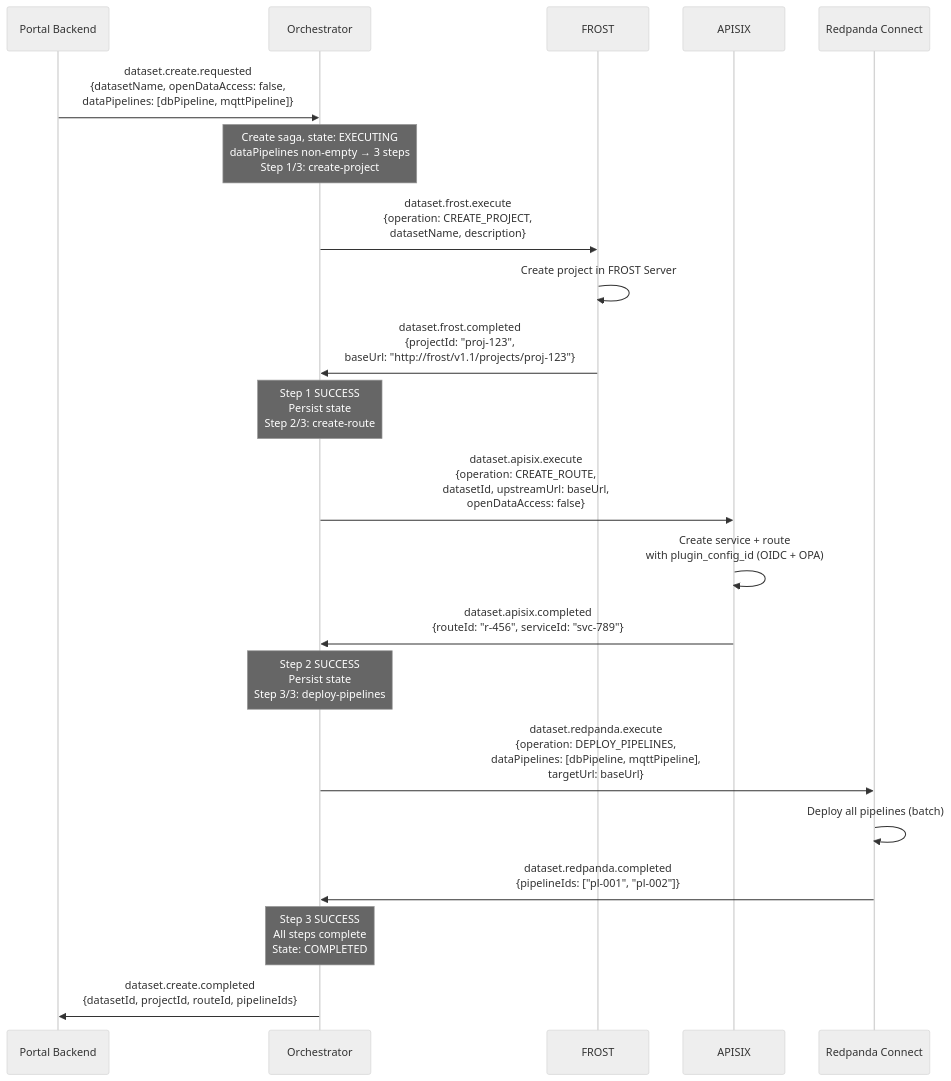
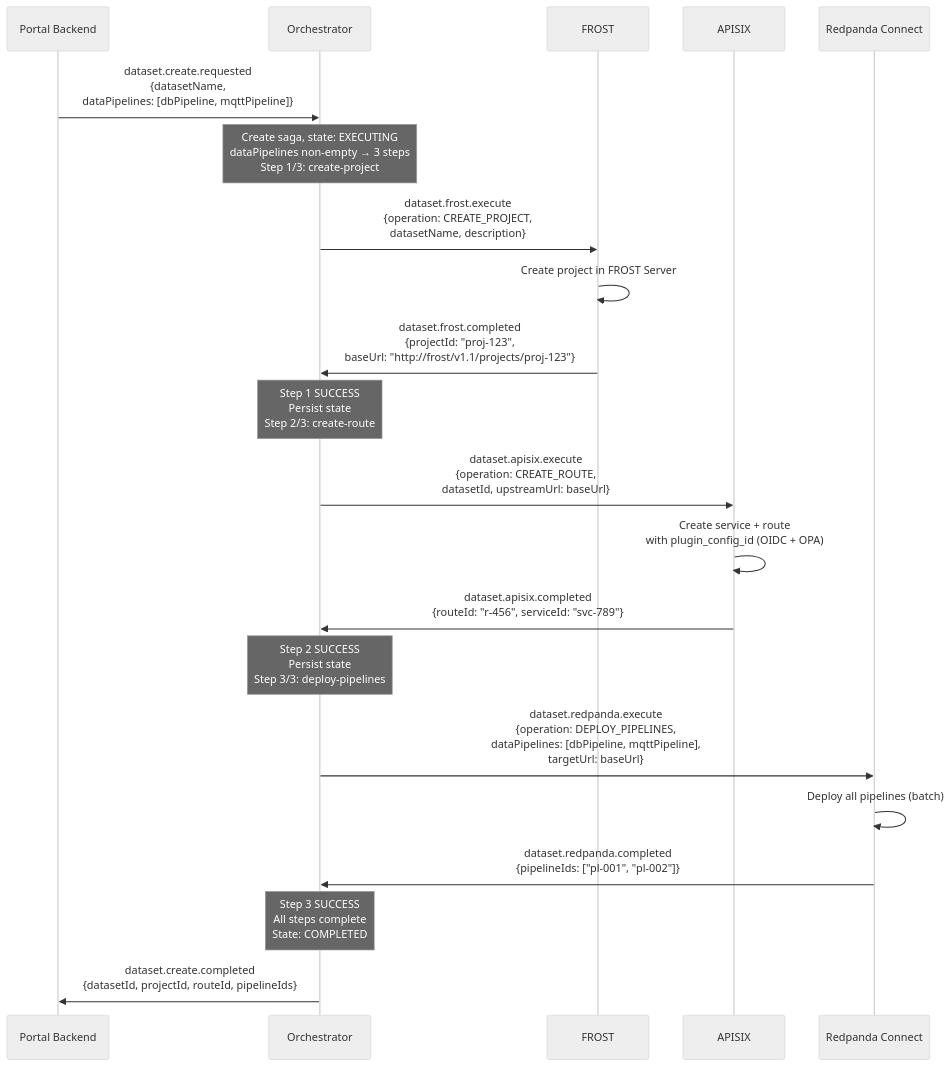
Before and after one commit to open-urban-apps-civitascore/civitas-core-platform: the first of 15 diagrams in config-adapter/docs/SAGA-DATASET-USE-CASES.md, drawn with Mermaid (neutral theme). The commit also changed other lines of this file and 56 other files, not shown here.

Commit message:
feat(authz): make open data access a central OPA/ABAC decision (routes always protected, FROST private)

````diff
--- a/config-adapter/docs/SAGA-DATASET-USE-CASES.md
+++ b/config-adapter/docs/SAGA-DATASET-USE-CASES.md
@@ -641,31 +636,31 @@
 ```mermaid
 sequenceDiagram
     participant PB as Portal Backend
     participant O as Orchestrator
     participant FROST
     participant APISIX
     participant RP as Redpanda Connect
 
-    PB->>O: dataset.create.requested<br/>{datasetName, openDataAccess: false,<br/>dataPipelines: [dbPipeline, mqttPipeline]}
+    PB->>O: dataset.create.requested<br/>{datasetName,<br/>dataPipelines: [dbPipeline, mqttPipeline]}
     Note over O: Create saga, state: EXECUTING<br/>dataPipelines non-empty → 3 steps<br/>Step 1/3: create-project
 
     O->>FROST: dataset.frost.execute<br/>{operation: CREATE_PROJECT,<br/>datasetName, description}
     FROST->>FROST: Create project in FROST Server
     FROST->>O: dataset.frost.completed<br/>{projectId: "proj-123",<br/>baseUrl: "http://frost/v1.1/projects/proj-123"}
 
     Note over O: Step 1 SUCCESS<br/>Persist state<br/>Step 2/3: create-route
 
-    O->>APISIX: dataset.apisix.execute<br/>{operation: CREATE_ROUTE,<br/>datasetId, upstreamUrl: baseUrl,<br/>openDataAccess: false}
+    O->>APISIX: dataset.apisix.execute<br/>{operation: CREATE_ROUTE,<br/>datasetId, upstreamUrl: baseUrl}
     APISIX->>APISIX: Create service + route<br/>with plugin_config_id (OIDC + OPA)
     APISIX->>O: dataset.apisix.completed<br/>{routeId: "r-456", serviceId: "svc-789"}
 
     Note over O: Step 2 SUCCESS<br/>Persist state<br/>Step 3/3: deploy-pipelines
 
     O->>RP: dataset.redpanda.execute<br/>{operation: DEPLOY_PIPELINES,<br/>dataPipelines: [dbPipeline, mqttPipeline],<br/>targetUrl: baseUrl}
     RP->>RP: Deploy all pipelines (batch)
     RP->>O: dataset.redpanda.completed<br/>{pipelineIds: ["pl-001", "pl-002"]}
 
     Note over O: Step 3 SUCCESS<br/>All steps complete<br/>State: COMPLETED
 
     O->>PB: dataset.create.completed<br/>{datasetId, projectId, routeId, pipelineIds}
 ```
````
